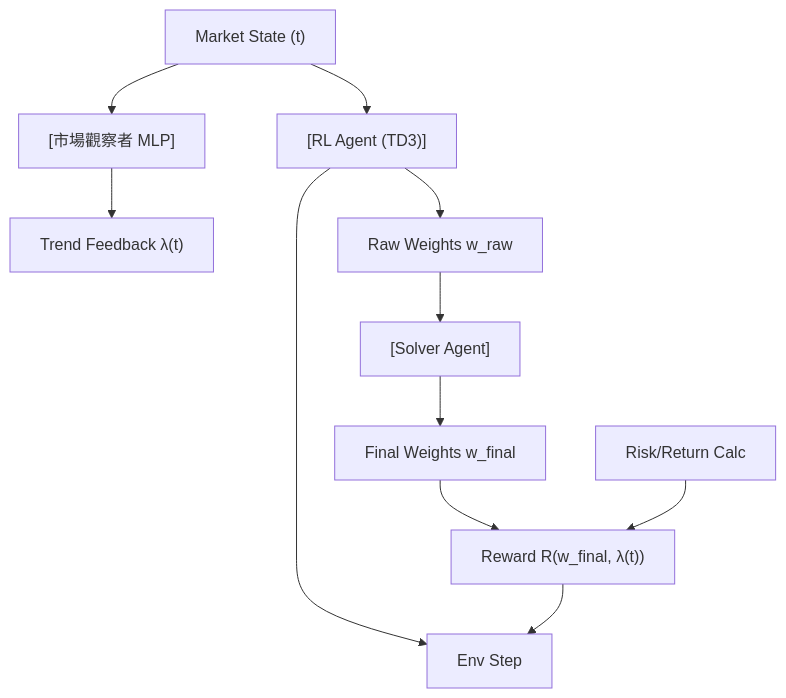
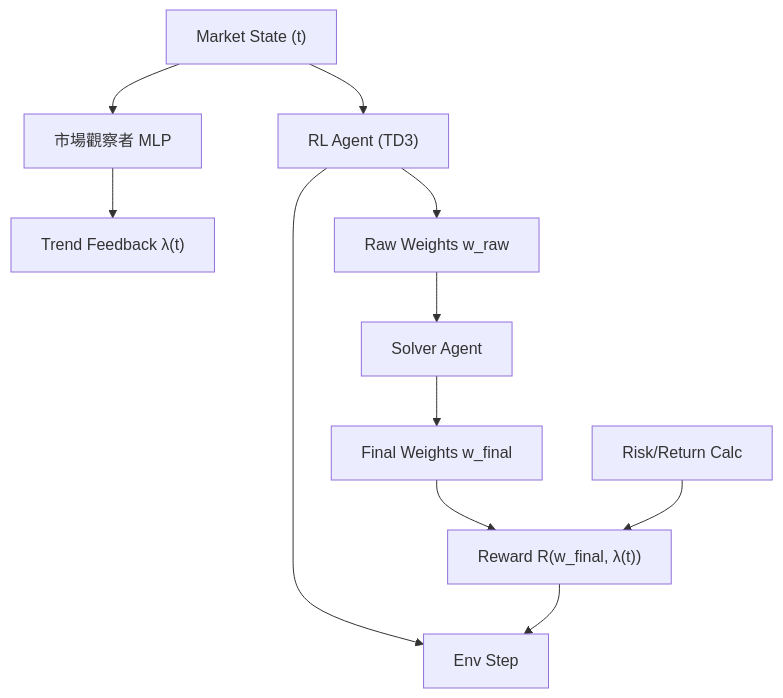
The diagram in foundations/portfolio-optimization/masa.md (sou350121/Trading-Handbook), drawn with Mermaid before and after one commit. The commit also changed 191 other files, not shown here.

First line of the commit message:
render: fix math + mermaid for GitHub across the corpus (188 pages)

````diff
--- a/foundations/portfolio-optimization/masa.md
+++ b/foundations/portfolio-optimization/masa.md
@@ -32,13 +32,13 @@
 ```mermaid
 flowchart TD
-    A["Market State (t)"] --> B["[市場觀察者 MLP]"]
+    A["Market State (t)"] --> B["市場觀察者 MLP"]
     B --> C["Trend Feedback λ(t)"]
-    A --> D["[RL Agent (TD3)]"]
+    A --> D["RL Agent (TD3)"]
     D --> E["Raw Weights w_raw"]
-    E --> F["[Solver Agent]"]
+    E --> F["Solver Agent"]
     F --> G["Final Weights w_final"]
     D --> H["Env Step"]
     G --> I["Reward R(w_final, λ(t))"]
     J["Risk/Return Calc"] --> I
     I --> H
 ```
````
